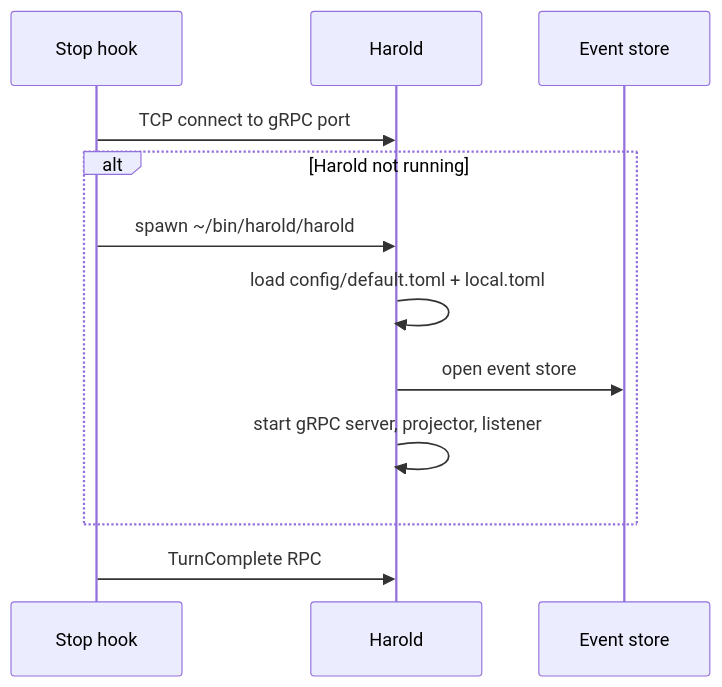
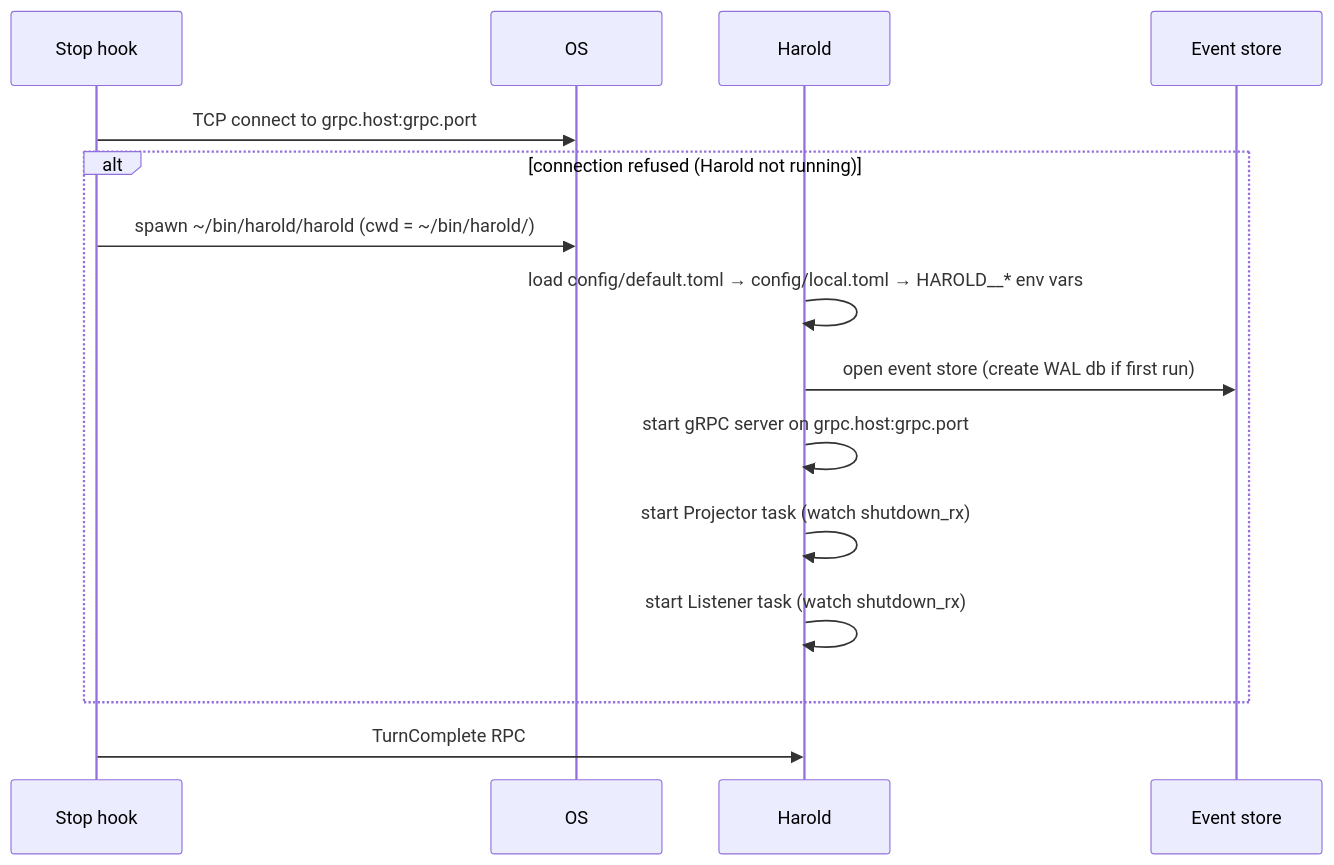
Before and after one commit to kahgeh/harold: the first of 2 diagrams in docs/references/operation/README.md, drawn with Mermaid. The commit also changed other lines of this file and 2 other files, not shown here.

Commit message:
docs: deepen feature READMEs with component-level detail and full sequences

````diff
--- a/docs/references/operation/README.md
+++ b/docs/references/operation/README.md
@@ -37,15 +85,18 @@
 ```mermaid
 sequenceDiagram
     participant Hook as Stop hook
+    participant OS
     participant Harold
     participant Store as Event store
 
-    Hook->>Harold: TCP connect to gRPC port
-    alt Harold not running
-        Hook->>Harold: spawn ~/bin/harold/harold
-        Harold->>Harold: load config/default.toml + local.toml
-        Harold->>Store: open event store
-        Harold->>Harold: start gRPC server, projector, listener
+    Hook->>OS: TCP connect to grpc.host:grpc.port
+    alt connection refused (Harold not running)
+        Hook->>OS: spawn ~/bin/harold/harold (cwd = ~/bin/harold/)
+        Harold->>Harold: load config/default.toml → config/local.toml → HAROLD__* env vars
+        Harold->>Store: open event store (create WAL db if first run)
+        Harold->>Harold: start gRPC server on grpc.host:grpc.port
+        Harold->>Harold: start Projector task (watch shutdown_rx)
+        Harold->>Harold: start Listener task (watch shutdown_rx)
     end
     Hook->>Harold: TurnComplete RPC
 ```
````
